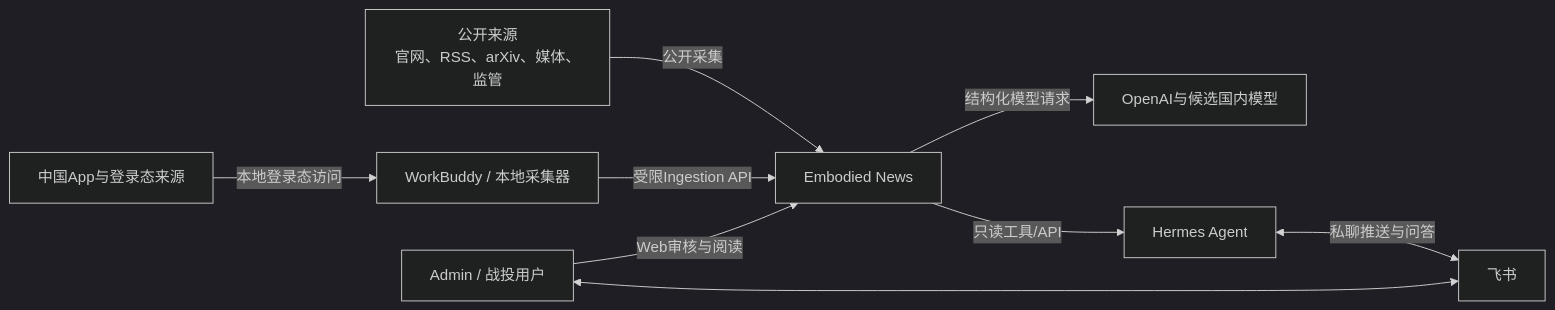
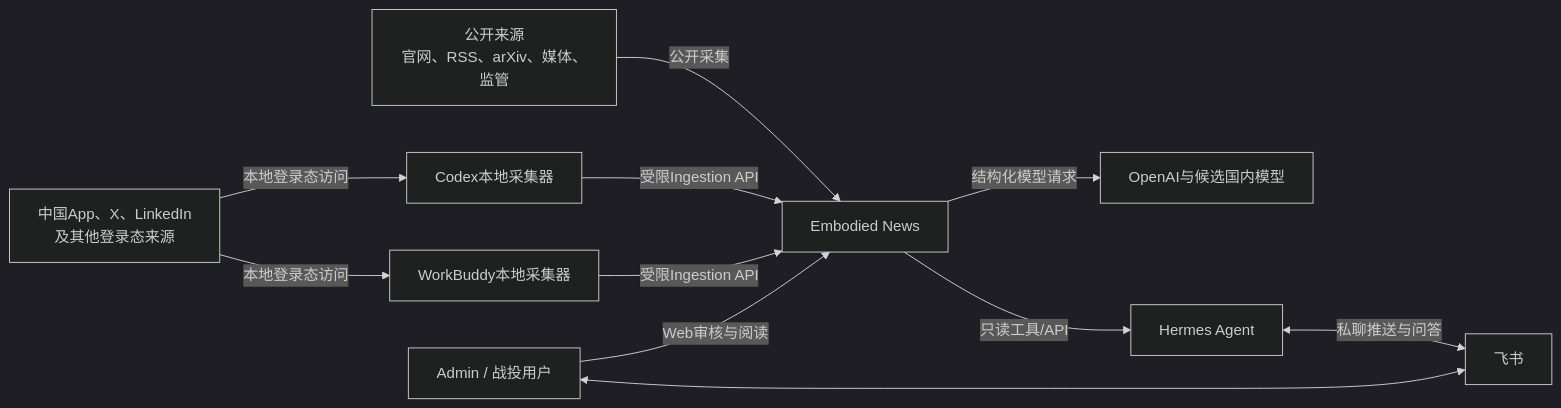
The first of 10 diagrams in architecture.md (AuroraLiu67/embodied-news), drawn with Mermaid (dark theme) before and after one commit. The commit also changed other lines of this file and 8 other files, not shown here.

````diff
--- a/architecture.md
+++ b/architecture.md
@@ -47,20 +47,23 @@
 ```mermaid
 flowchart LR
     Admin["Admin / 战投用户"]
     PublicSources["公开来源\n官网、RSS、arXiv、媒体、监管"]
-    ChinaApps["中国App与登录态来源"]
-    WorkBuddy["WorkBuddy / 本地采集器"]
+    LoggedInSources["中国App、X、LinkedIn\n及其他登录态来源"]
+    CodexLocal["Codex本地采集器"]
+    WorkBuddy["WorkBuddy本地采集器"]
     System["Embodied News"]
     Models["OpenAI与候选国内模型"]
     Feishu["飞书"]
     Hermes["Hermes Agent"]
 
     PublicSources -->|"公开采集"| System
-    ChinaApps -->|"本地登录态访问"| WorkBuddy
+    LoggedInSources -->|"本地登录态访问"| CodexLocal
+    LoggedInSources -->|"本地登录态访问"| WorkBuddy
+    CodexLocal -->|"受限Ingestion API"| System
     WorkBuddy -->|"受限Ingestion API"| System
     System -->|"结构化模型请求"| Models
     Admin -->|"Web审核与阅读"| System
     System -->|"只读工具/API"| Hermes
     Hermes <-->|"私聊推送与问答"| Feishu
     Feishu <--> Admin
 ```
````
